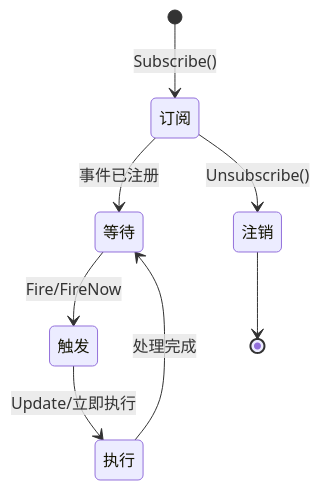
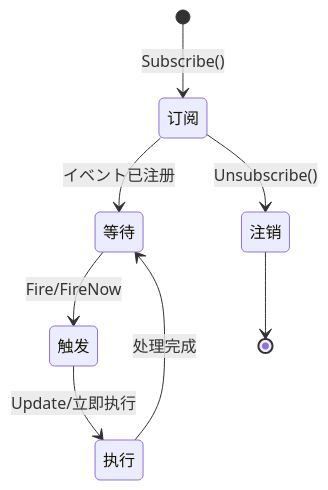
The fourth of 6 diagrams in docs/ja/client/unity/component/event/04.features.md (AlianBlank/GameFrameX.Docs), drawn with Mermaid before and after one commit. The commit also changed other lines of this file and 603 other files, not shown here.

````diff
--- a/docs/ja/client/unity/component/event/04.features.md
+++ b/docs/ja/client/unity/component/event/04.features.md
@@ -232,10 +232,10 @@
 ```mermaid
 stateDiagram-v2
     [*] --> 订阅: Subscribe()
-    订阅 --> 等待: 事件已注册
+    订阅 --> 等待: イベント已注册
     等待 --> 触发: Fire/FireNow
     触发 --> 执行: Update/立即执行
     执行 --> 等待: 处理完成
     订阅 --> 注销: Unsubscribe()
     注销 --> [*]
 ```
````
